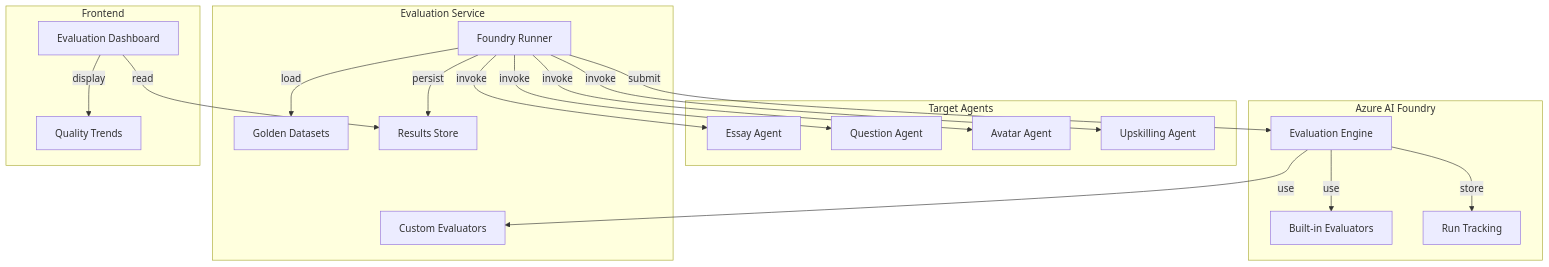
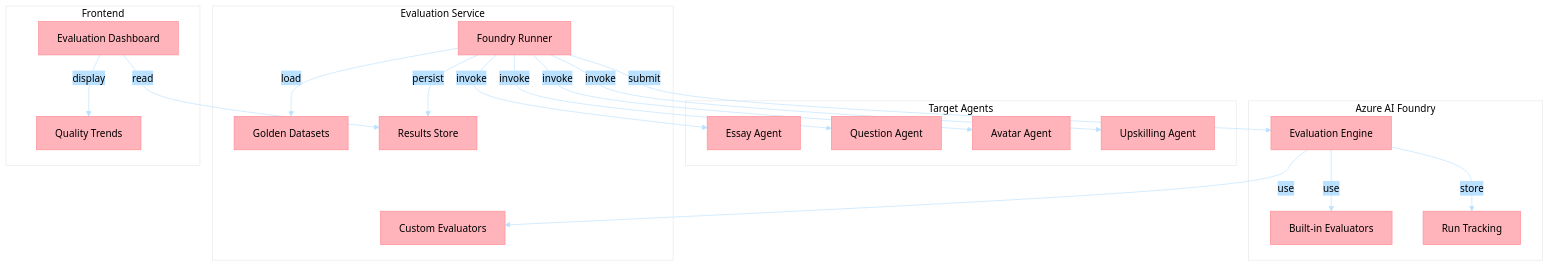
The first of 2 diagrams in docs/agent-evaluation.md (Azure-Samples/tutor), drawn with Mermaid before and after one commit. The commit also changed other lines of this file and 41 other files, not shown here.

Commit message:
docs: consolidate current architecture decisions

````diff
--- a/docs/agent-evaluation.md
+++ b/docs/agent-evaluation.md
@@ -28,40 +28,48 @@
 ```mermaid
+%%{init: {'theme':'base', 'themeVariables': {
+  'primaryColor':'#FFB3BA',
+  'primaryTextColor':'#000',
+  'primaryBorderColor':'#FF8B94',
+  'lineColor':'#BAE1FF',
+  'secondaryColor':'#BAE1FF',
+  'tertiaryColor':'#FFFFFF'
+}}}%%
 graph TB
     subgraph Evaluation Service
         RUNNER["Foundry Runner"]
         DATASETS["Golden Datasets"]
         RESULTS["Results Store"]
         CUSTOM["Custom Evaluators"]
     end
 
     subgraph Target Agents
         ESSAY_AGENT["Essay Agent"]
         QUESTION_AGENT["Question Agent"]
         AVATAR_AGENT["Avatar Agent"]
         UPSKILLING_AGENT["Upskilling Agent"]
     end
 
     subgraph Azure AI Foundry
         EVAL_ENGINE["Evaluation Engine"]
         BUILTIN["Built-in Evaluators"]
         TRACKING["Run Tracking"]
     end
 
     subgraph Frontend
         DASHBOARD["Evaluation Dashboard"]
         TRENDS["Quality Trends"]
     end
 
     RUNNER -->|load| DATASETS
     RUNNER -->|invoke| ESSAY_AGENT
     RUNNER -->|invoke| QUESTION_AGENT
     RUNNER -->|invoke| AVATAR_AGENT
     RUNNER -->|invoke| UPSKILLING_AGENT
     RUNNER -->|submit| EVAL_ENGINE
     EVAL_ENGINE -->|use| BUILTIN
     EVAL_ENGINE -->|use| CUSTOM
     EVAL_ENGINE -->|store| TRACKING
     RUNNER -->|persist| RESULTS
     DASHBOARD -->|read| RESULTS
     DASHBOARD -->|display| TRENDS
 ```
````
